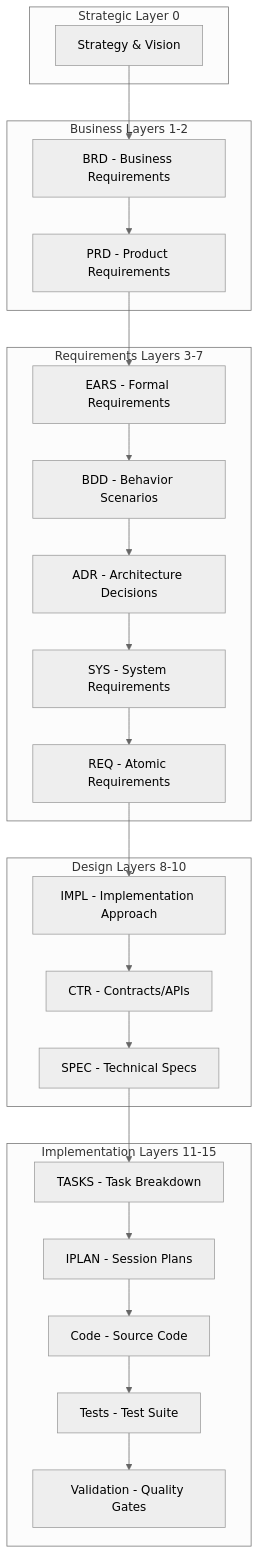
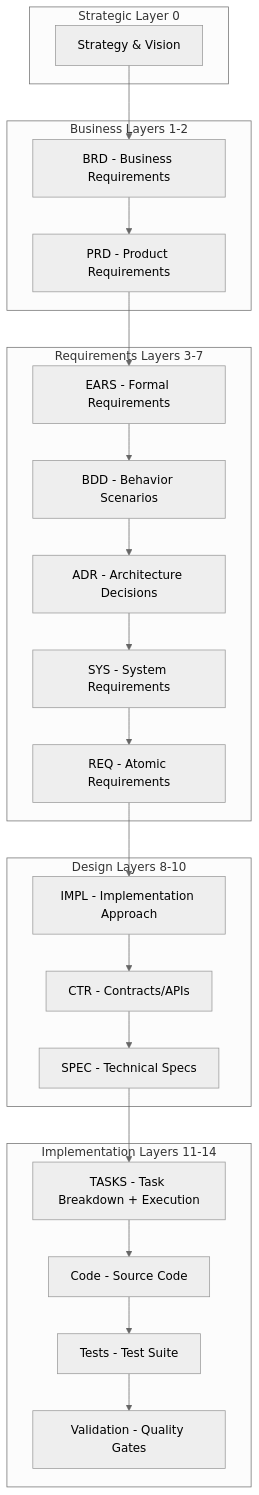
The second of 5 diagrams in ai_dev_flow/README.md (vladm3105/aidoc-flow-framework), drawn with Mermaid (neutral theme) before and after one commit. The commit also changed other lines of this file and 52 other files, not shown here.

First line of the commit message:
docs: mark IPLAN as deprecated in corpus validation docs

````diff
--- a/ai_dev_flow/README.md
+++ b/ai_dev_flow/README.md
@@ -289,32 +286,31 @@
 ```mermaid
 graph TB
     subgraph "Strategic Layer 0"
         L0[Strategy & Vision]
     end
     subgraph "Business Layers 1-2"
         L1[BRD - Business Requirements]
         L2[PRD - Product Requirements]
     end
     subgraph "Requirements Layers 3-7"
         L3[EARS - Formal Requirements]
         L4[BDD - Behavior Scenarios]
         L5[ADR - Architecture Decisions]
         L6[SYS - System Requirements]
         L7[REQ - Atomic Requirements]
     end
     subgraph "Design Layers 8-10"
         L8[IMPL - Implementation Approach]
         L9[CTR - Contracts/APIs]
         L10[SPEC - Technical Specs]
     end
-    subgraph "Implementation Layers 11-15"
-        L11[TASKS - Task Breakdown]
-        L12[IPLAN - Session Plans]
-        L13[Code - Source Code]
-        L14[Tests - Test Suite]
-        L15[Validation - Quality Gates]
+    subgraph "Implementation Layers 11-14"
+        L11[TASKS - Task Breakdown + Execution]
+        L12[Code - Source Code]
+        L13[Tests - Test Suite]
+        L14[Validation - Quality Gates]
     end
 
     L0 --> L1 --> L2 --> L3 --> L4 --> L5 --> L6 --> L7
-    L7 --> L8 --> L9 --> L10 --> L11 --> L12 --> L13 --> L14 --> L15
+    L7 --> L8 --> L9 --> L10 --> L11 --> L12 --> L13 --> L14
 ```
````
